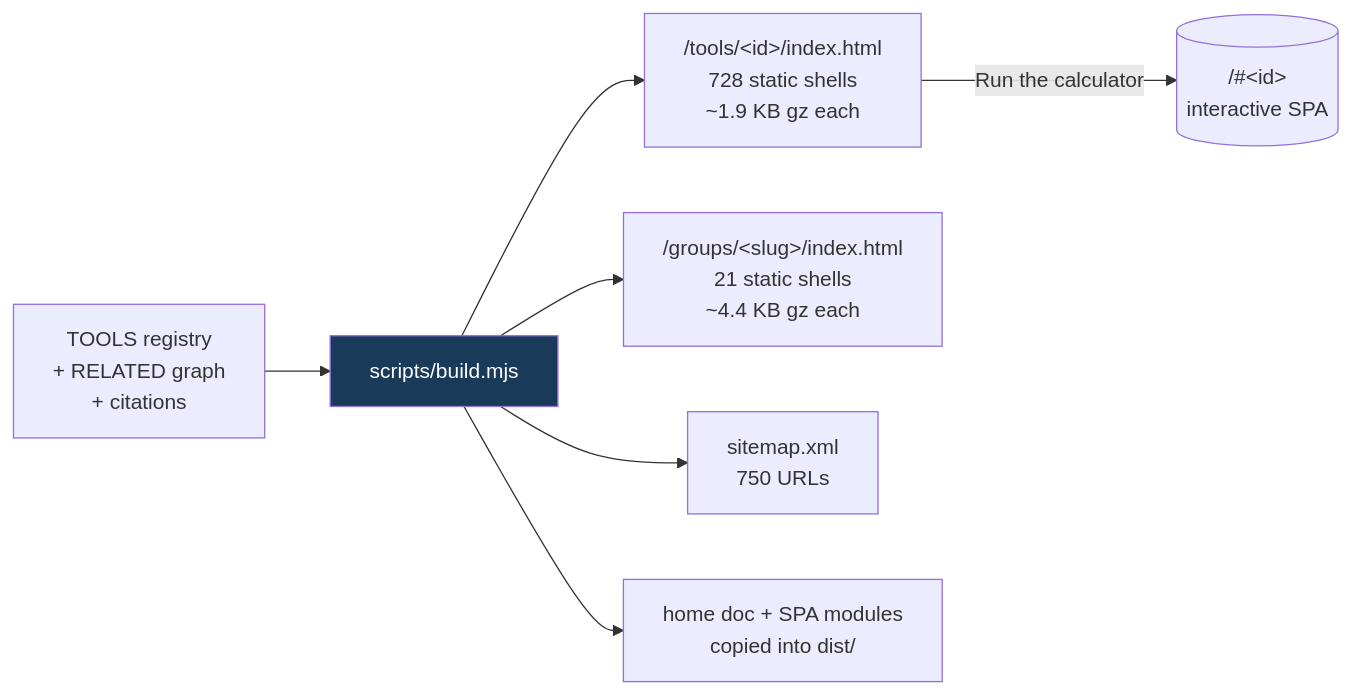
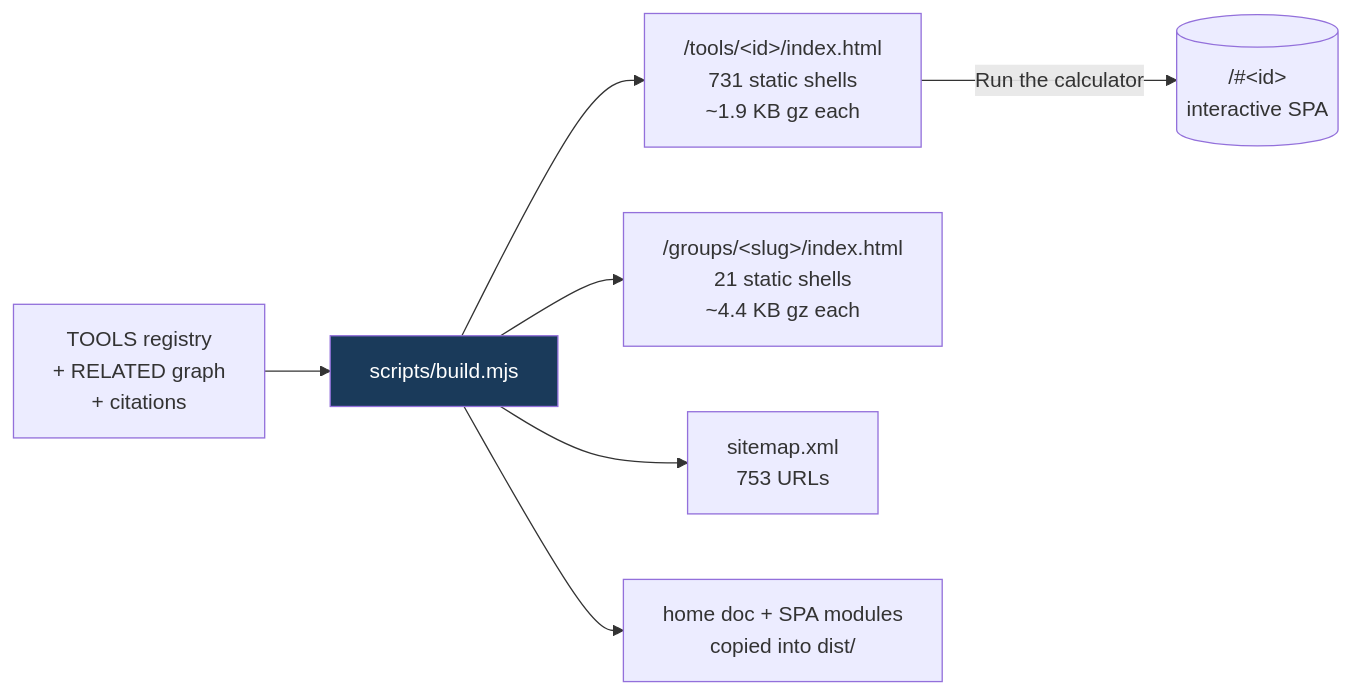
The fifth of 8 diagrams in README.md (clay-good/roughlogic.com), drawn with Mermaid before and after one commit. The commit also changed other lines of this file and 22 other files, not shown here.

````diff
--- a/README.md
+++ b/README.md
@@ -495,10 +495,10 @@
 ```mermaid
 flowchart LR
     SRC[TOOLS registry\n+ RELATED graph\n+ citations] --> BUILD[scripts/build.mjs]
-    BUILD --> TILE["/tools/&lt;id&gt;/index.html\n728 static shells\n~1.9 KB gz each"]
+    BUILD --> TILE["/tools/&lt;id&gt;/index.html\n731 static shells\n~1.9 KB gz each"]
     BUILD --> GROUP["/groups/&lt;slug&gt;/index.html\n21 static shells\n~4.4 KB gz each"]
-    BUILD --> MAP["sitemap.xml\n750 URLs"]
+    BUILD --> MAP["sitemap.xml\n753 URLs"]
     BUILD --> COPY[home doc + SPA modules\ncopied into dist/]
     TILE -->|Run the calculator| SPA[("/#&lt;id&gt;\ninteractive SPA")]
     style BUILD fill:#1a3a5a,color:#fff
 ```
````
